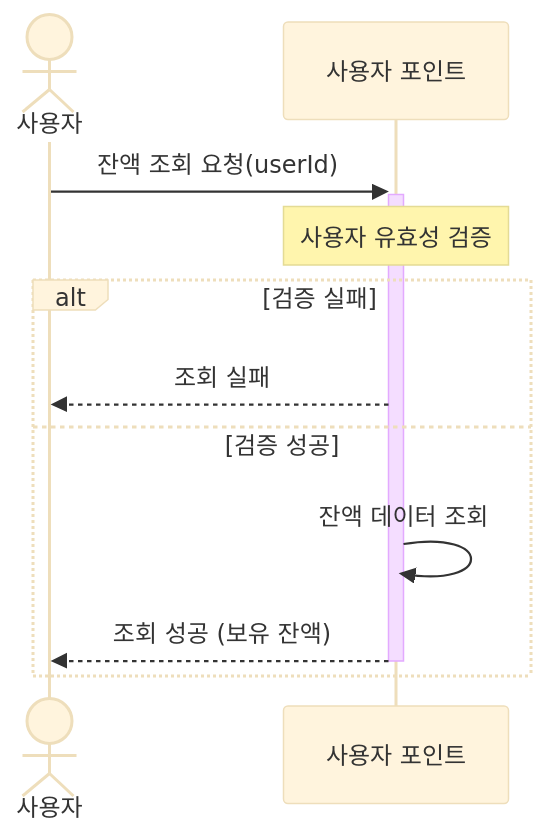
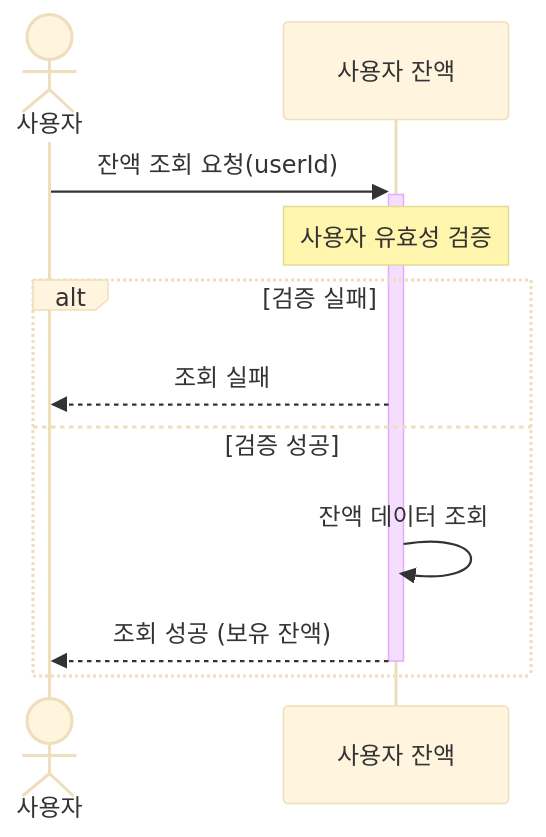
Before and after one commit to leevigong/hhplus-ecommerce: the second of 10 diagrams in docs/SequenceDiagram.md, drawn with Mermaid (base theme). The commit also changed other lines of this file, not shown here.

First line of the commit message:
docs: UserPoint -> UserBalance 로 수정

````diff
--- a/docs/SequenceDiagram.md
+++ b/docs/SequenceDiagram.md
@@ -28,15 +28,15 @@
 ```mermaid
 sequenceDiagram
     actor User as 사용자
-    participant UserPoint as 사용자 포인트
+    participant UserBalance as 사용자 잔액
 
-    User ->>+ UserPoint: 잔액 조회 요청(userId)
-		Note over UserPoint: 사용자 유효성 검증
+    User ->>+ UserBalance: 잔액 조회 요청(userId)
+		Note over UserBalance: 사용자 유효성 검증
 		
-    alt 검증 실패 
-        UserPoint -->> User: 조회 실패
+    alt 검증 실패
+        UserBalance -->> User: 조회 실패
     else 검증 성공
-        UserPoint ->> UserPoint: 잔액 데이터 조회
-        UserPoint -->>- User: 조회 성공 (보유 잔액)
+        UserBalance ->> UserBalance: 잔액 데이터 조회
+        UserBalance -->>- User: 조회 성공 (보유 잔액)
     end
 ```
````
